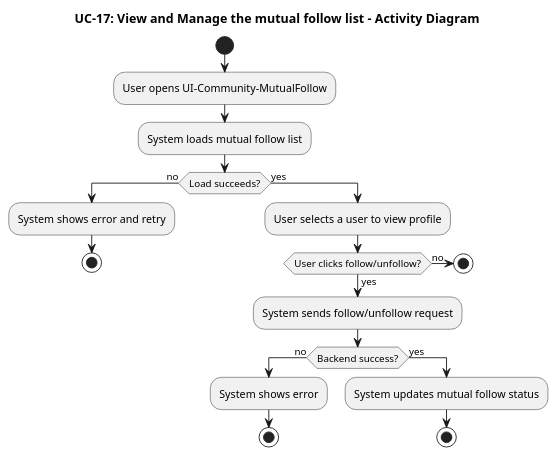
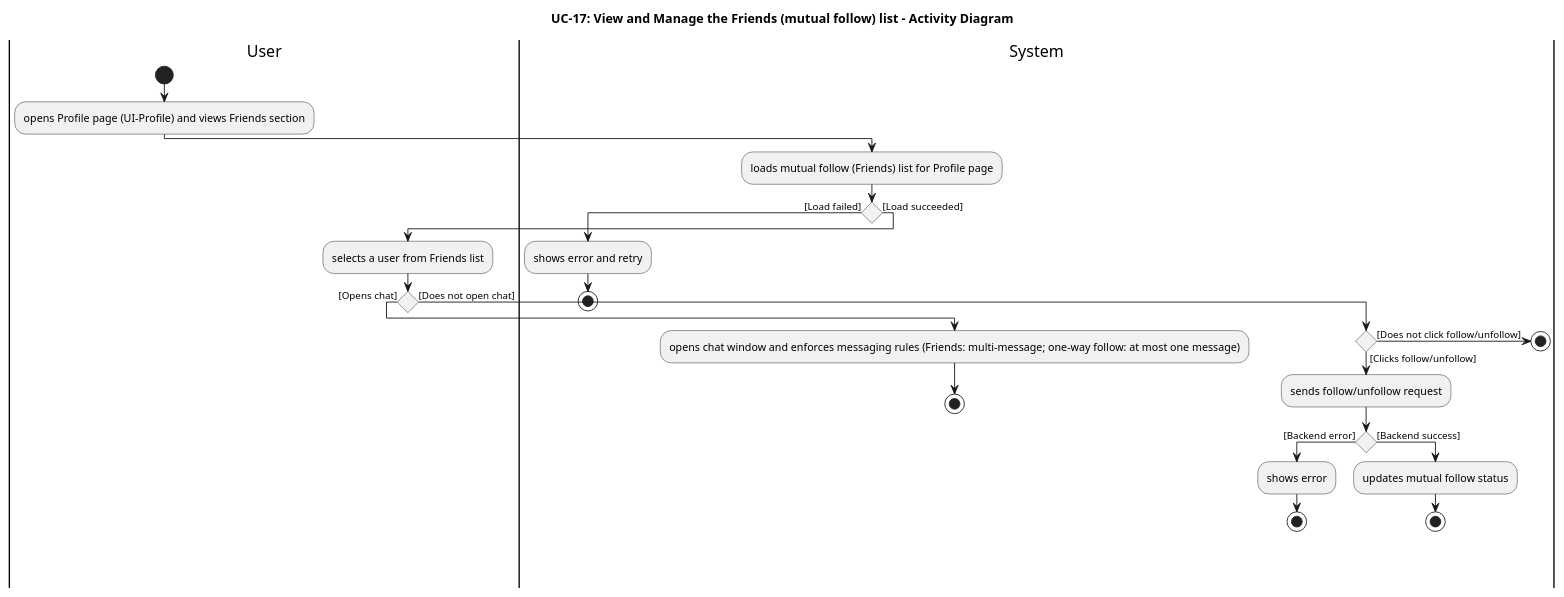
One commit to pzyllll/BridgeU changed diagram 19 of 27 in springboot-backend/BridgeU-SRS.md. Above: the diagram before and after it, drawn with PlantUML. The commit also changed other lines of this file and 5 other files, not shown here.

````diff
--- a/springboot-backend/BridgeU-SRS.md
+++ b/springboot-backend/BridgeU-SRS.md
@@ -2246,27 +2495,41 @@
 ```plantuml
 @startuml UC17_Activity_Diagram
-title UC-17: View and Manage the mutual follow list - Activity Diagram
+title UC-17: View and Manage the Friends (mutual follow) list - Activity Diagram
 
+|User|
 start
-:User opens UI-Community-MutualFollow;
-:System loads mutual follow list;
-if (Load succeeds?) then (no)
-  :System shows error and retry;
+:opens Profile page (UI-Profile) and views Friends section;
+
+|System|
+:loads mutual follow (Friends) list for Profile page;
+
+if () then ([Load failed])
+  :shows error and retry;
   stop
-else (yes)
-  :User selects a user to view profile;
-  if (User clicks follow/unfollow?) then (no)
+else ([Load succeeded])
+  |User|
+  :selects a user from Friends list;
+  
+  if () then ([Opens chat])
+    |System|
+    :opens chat window and enforces messaging rules (Friends: multi-message; one-way follow: at most one message);
     stop
-  else (yes)
-    :System sends follow/unfollow request;
-    if (Backend success?) then (no)
-      :System shows error;
+  else ([Does not open chat])
+    if () then ([Does not click follow/unfollow])
       stop
-    else (yes)
-      :System updates mutual follow status;
-      stop
+    else ([Clicks follow/unfollow])
+      |System|
+      :sends follow/unfollow request;
+      
+      if () then ([Backend error])
+        :shows error;
+        stop
+      else ([Backend success])
+        :updates mutual follow status;
+        stop
+      endif
     endif
   endif
 endif
 @enduml
 ```
````
